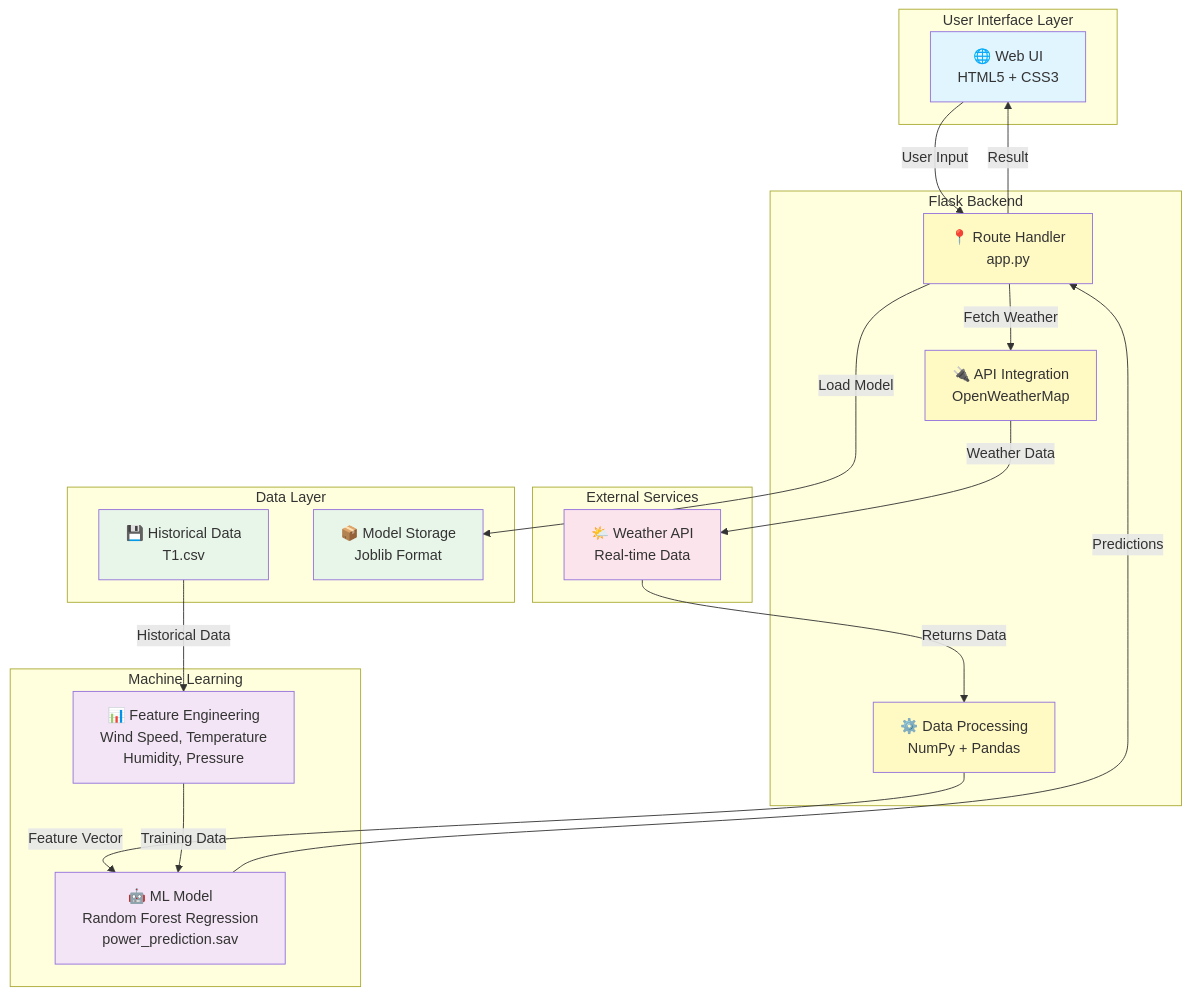
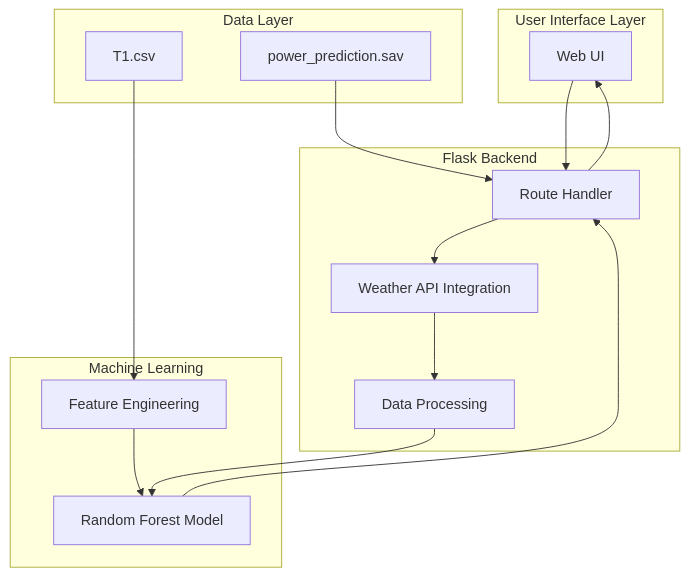
The diagram in outputs/diagrams/technical_architecture.md (OrbitCoder-Store/Weather-Based-Prediction-of-Wind-Turbine-Energy-Output), drawn with Mermaid before and after one commit. The commit also changed 4 other files, not shown here.

Commit message:
Fix Mermaid diagram rendering compatibility in README

````diff
--- a/outputs/diagrams/technical_architecture.md
+++ b/outputs/diagrams/technical_architecture.md
@@ -3,47 +3,29 @@
 ```mermaid
-graph TB
-    subgraph "User Interface Layer"
-        UI["🌐 Web UI<br/>HTML5 + CSS3"]
+flowchart TB
+    subgraph UI_LAYER[User Interface Layer]
+        UI[Web UI]
     end
-    
-    subgraph "Flask Backend"
-        ROUTE["📍 Route Handler<br/>app.py"]
-        API["🔌 API Integration<br/>OpenWeatherMap"]
-        PROCESSING["⚙️ Data Processing<br/>NumPy + Pandas"]
+    subgraph BACKEND[Flask Backend]
+        ROUTE[Route Handler]
+        API[Weather API Integration]
+        PROCESS[Data Processing]
     end
-    
-    subgraph "Machine Learning"
-        MODEL["🤖 ML Model<br/>Random Forest Regression<br/>power_prediction.sav"]
-        FEATURES["📊 Feature Engineering<br/>Wind Speed, Temperature<br/>Humidity, Pressure"]
+    subgraph ML_LAYER[Machine Learning]
+        MODEL[Random Forest Model]
+        FEAT[Feature Engineering]
     end
-    
-    subgraph "Data Layer"
-        CSV["💾 Historical Data<br/>T1.csv"]
-        JOBLIB["📦 Model Storage<br/>Joblib Format"]
+    subgraph DATA_LAYER[Data Layer]
+        CSV[T1.csv]
+        MODEL_FILE[power_prediction.sav]
     end
-    
-    subgraph "External Services"
-        WEATHER["🌤️ Weather API<br/>Real-time Data"]
-    end
-    
-    UI -->|User Input| ROUTE
-    ROUTE -->|Fetch Weather| API
-    API -->|Weather Data| WEATHER
-    WEATHER -->|Returns Data| PROCESSING
-    PROCESSING -->|Feature Vector| MODEL
-    FEATURES -->|Training Data| MODEL
-    CSV -->|Historical Data| FEATURES
-    MODEL -->|Predictions| ROUTE
-    ROUTE -->|Result| UI
-    ROUTE -->|Load Model| JOBLIB
-    
-    style UI fill:#E1F5FF
-    style ROUTE fill:#FFF9C4
-    style API fill:#FFF9C4
-    style PROCESSING fill:#FFF9C4
-    style MODEL fill:#F3E5F5
-    style FEATURES fill:#F3E5F5
-    style CSV fill:#E8F5E9
-    style JOBLIB fill:#E8F5E9
-    style WEATHER fill:#FCE4EC
+
+    UI --> ROUTE
+    ROUTE --> API
+    API --> PROCESS
+    PROCESS --> MODEL
+    CSV --> FEAT
+    FEAT --> MODEL
+    MODEL_FILE --> ROUTE
+    MODEL --> ROUTE
+    ROUTE --> UI
 ```
````
